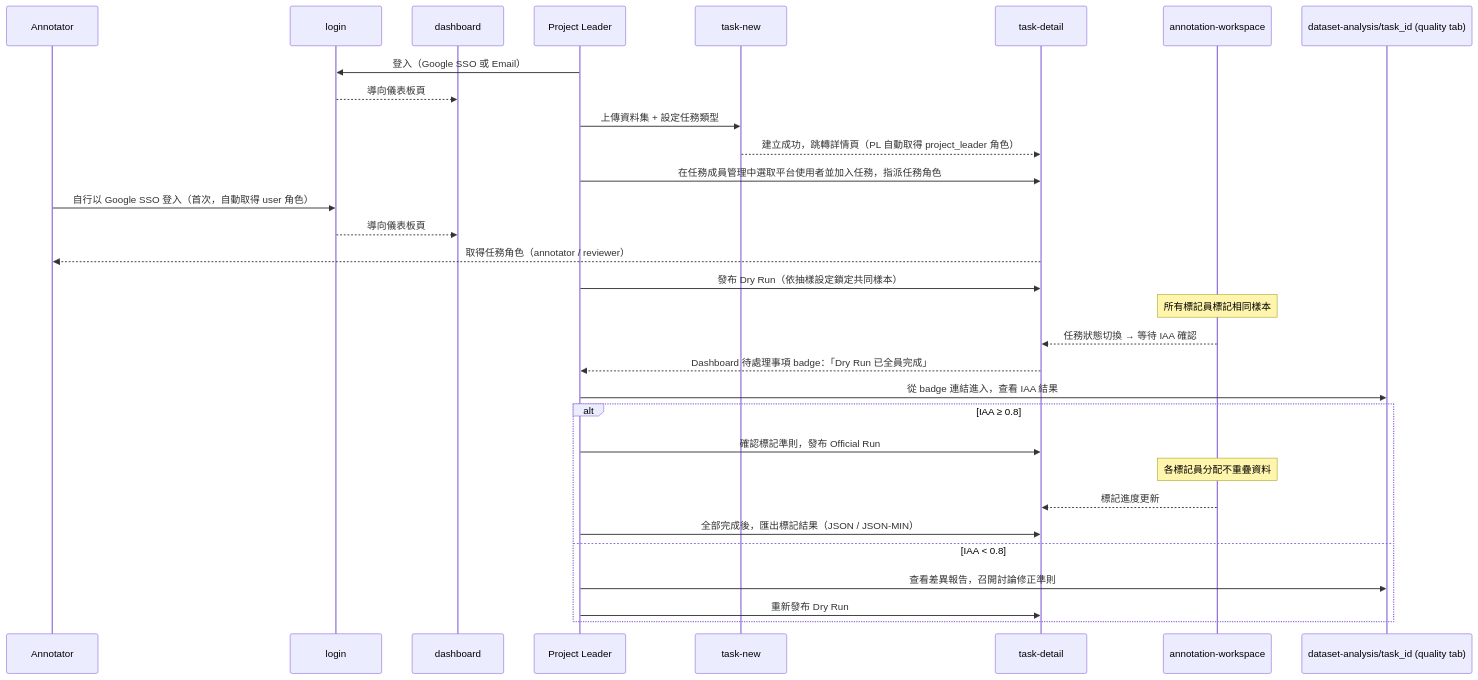
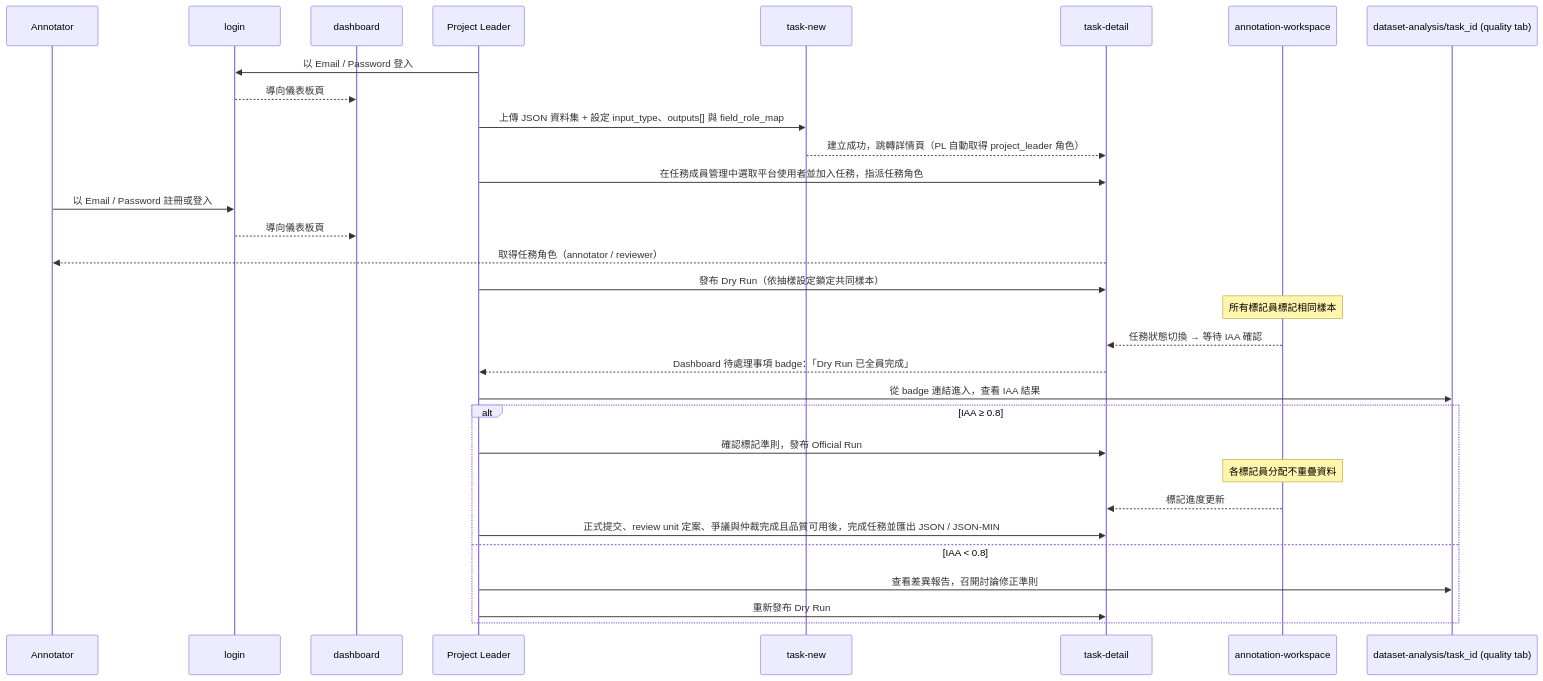
Before and after one commit to singyichen/label-suite: the second of 5 diagrams in docs/product/ia/information-architecture.md, drawn with Mermaid. The commit also changed other lines of this file and 2 other files, not shown here.

````diff
--- a/docs/product/ia/information-architecture.md
+++ b/docs/product/ia/information-architecture.md
@@ -520,34 +510,34 @@
 ```mermaid
 sequenceDiagram
   participant AN as Annotator
   participant LOGIN as login
   participant DASHBOARD as dashboard
   participant PL as Project Leader
   participant TN as task-new
   participant TD as task-detail
   participant AW as annotation-workspace
   participant DQ as dataset-analysis/task_id (quality tab)
 
-  PL->>LOGIN: 登入（Google SSO 或 Email）
+  PL->>LOGIN: 以 Email / Password 登入
   LOGIN-->>DASHBOARD: 導向儀表板頁
-  PL->>TN: 上傳資料集 + 設定任務類型
+  PL->>TN: 上傳 JSON 資料集 + 設定 input_type、outputs[] 與 field_role_map
   TN-->>TD: 建立成功，跳轉詳情頁（PL 自動取得 project_leader 角色）
   PL->>TD: 在任務成員管理中選取平台使用者並加入任務，指派任務角色
-  AN->>LOGIN: 自行以 Google SSO 登入（首次，自動取得 user 角色）
+  AN->>LOGIN: 以 Email / Password 註冊或登入
   LOGIN-->>DASHBOARD: 導向儀表板頁
   TD-->>AN: 取得任務角色（annotator / reviewer）
   PL->>TD: 發布 Dry Run（依抽樣設定鎖定共同樣本）
   Note over AW: 所有標記員標記相同樣本
   AW-->>TD: 任務狀態切換 → 等待 IAA 確認
   TD-->>PL: Dashboard 待處理事項 badge：「Dry Run 已全員完成」
   PL->>DQ: 從 badge 連結進入，查看 IAA 結果
   alt IAA ≥ 0.8
     PL->>TD: 確認標記準則，發布 Official Run
     Note over AW: 各標記員分配不重疊資料
     AW-->>TD: 標記進度更新
-    PL->>TD: 全部完成後，匯出標記結果（JSON / JSON-MIN）
+    PL->>TD: 正式提交、review unit 定案、爭議與仲裁完成且品質可用後，完成任務並匯出 JSON / JSON-MIN
   else IAA < 0.8
     PL->>DQ: 查看差異報告，召開討論修正準則
     PL->>TD: 重新發布 Dry Run
   end
 ```
````
